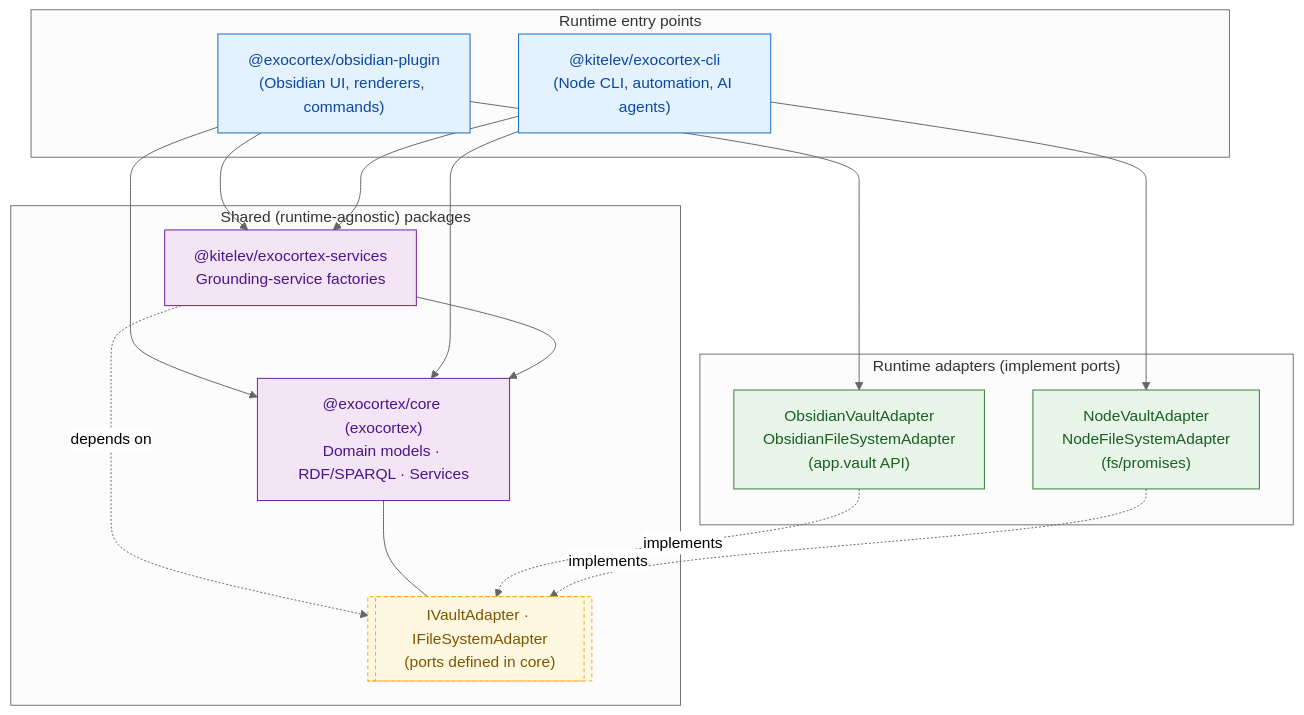
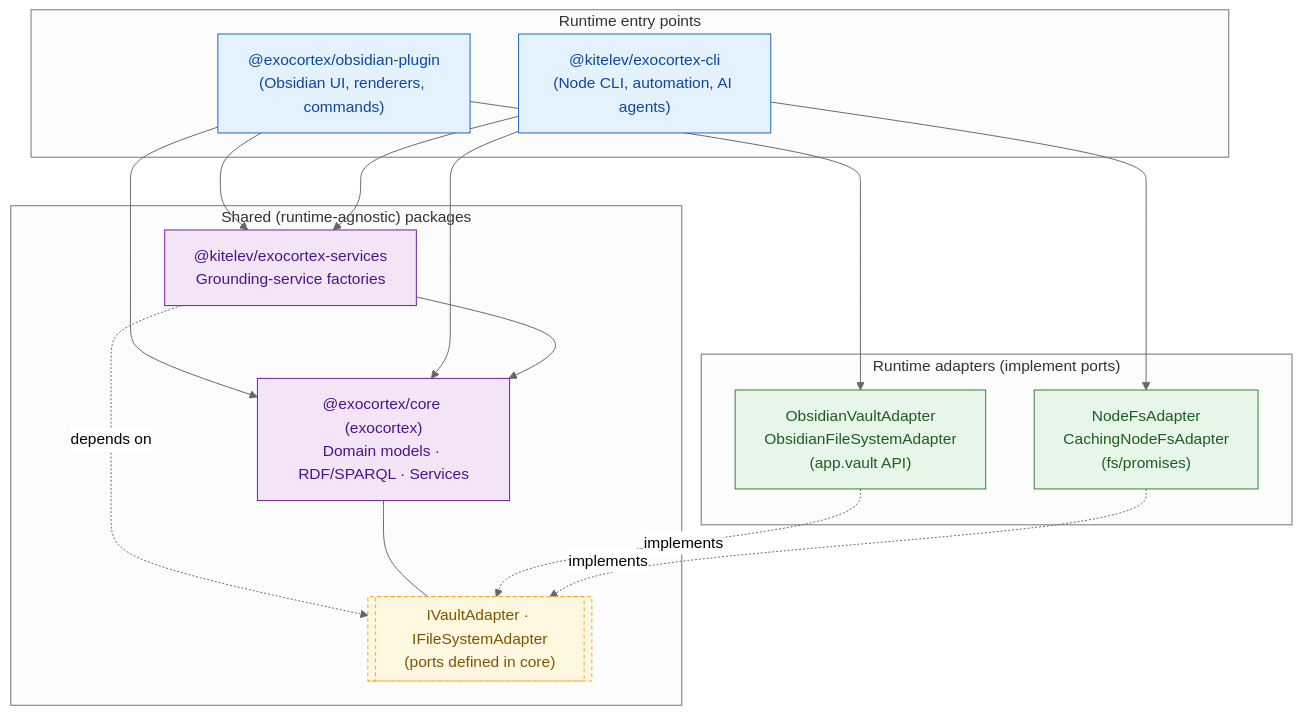
One commit to kitelev/exocortex changed the diagram in README.md. Above: the diagram before and after it, drawn with Mermaid (neutral theme). The commit also changed other lines of this file and 1 other file, not shown here.

````diff
--- a/README.md
+++ b/README.md
@@ -216,40 +252,40 @@
 ```mermaid
 flowchart TB
     subgraph Runtimes["Runtime entry points"]
         Plugin["@exocortex/obsidian-plugin<br/>(Obsidian UI, renderers, commands)"]
         CLI["@kitelev/exocortex-cli<br/>(Node CLI, automation, AI agents)"]
     end
 
     subgraph Shared["Shared (runtime-agnostic) packages"]
         Core["@exocortex/core (exocortex)<br/>Domain models · RDF/SPARQL · Services"]
         Services["@kitelev/exocortex-services<br/>Grounding-service factories"]
         Interfaces[["IVaultAdapter · IFileSystemAdapter<br/>(ports defined in core)"]]
     end
 
     subgraph Adapters["Runtime adapters (implement ports)"]
         ObsAdapter["ObsidianVaultAdapter<br/>ObsidianFileSystemAdapter<br/>(app.vault API)"]
-        NodeAdapter["NodeVaultAdapter<br/>NodeFileSystemAdapter<br/>(fs/promises)"]
+        NodeAdapter["NodeFsAdapter<br/>CachingNodeFsAdapter<br/>(fs/promises)"]
     end
 
     Plugin --> Core
     Plugin --> Services
     CLI --> Core
     CLI --> Services
     Services --> Core
     Services -. depends on .-> Interfaces
     Core --- Interfaces
 
     Plugin --> ObsAdapter
     CLI --> NodeAdapter
     ObsAdapter -.implements.-> Interfaces
     NodeAdapter -.implements.-> Interfaces
 
     classDef runtime fill:#e3f2fd,stroke:#1565c0,color:#0d47a1;
     classDef shared fill:#f3e5f5,stroke:#6a1b9a,color:#4a148c;
     classDef adapter fill:#e8f5e9,stroke:#2e7d32,color:#1b5e20;
     classDef iface fill:#fff8e1,stroke:#f9a825,color:#7d5500,stroke-dasharray: 4 3;
     class Plugin,CLI runtime;
     class Core,Services shared;
     class ObsAdapter,NodeAdapter adapter;
     class Interfaces iface;
 ```
````
